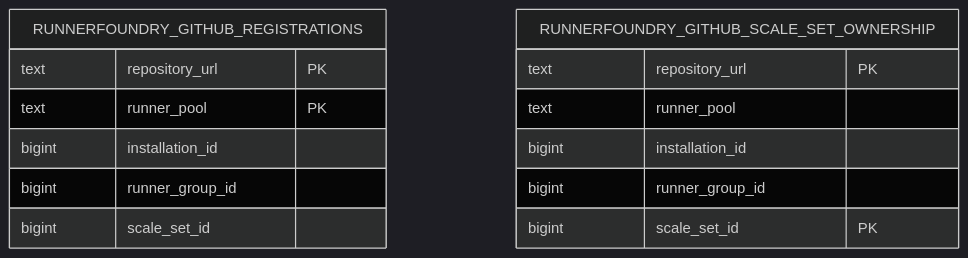
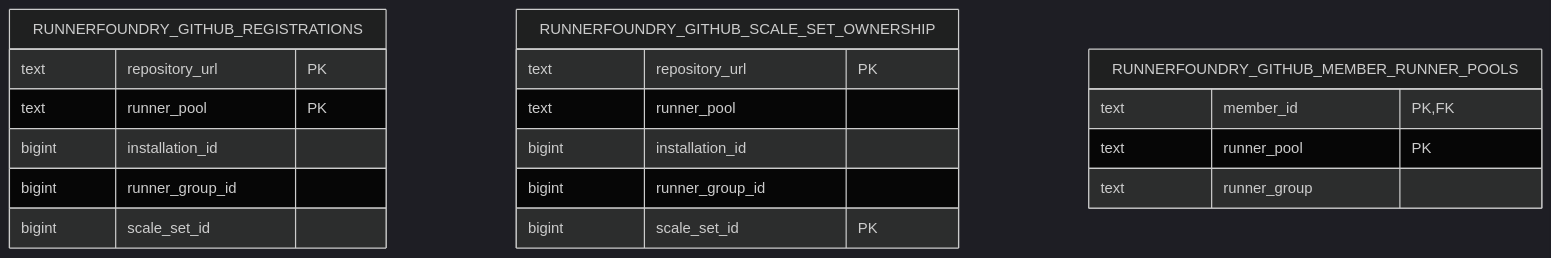
The diagram in docs/github-adapter.md (stateshifters/runnerfoundry), drawn with Mermaid (dark theme) before and after one commit. The commit also changed other lines of this file and 54 other files, not shown here.

````diff
--- a/docs/github-adapter.md
+++ b/docs/github-adapter.md
@@ -72,17 +76,22 @@
 ```mermaid
 erDiagram
     RUNNERFOUNDRY_GITHUB_REGISTRATIONS {
         text repository_url PK
         text runner_pool PK
         bigint installation_id
         bigint runner_group_id
         bigint scale_set_id
     }
     RUNNERFOUNDRY_GITHUB_SCALE_SET_OWNERSHIP {
         text repository_url PK
         text runner_pool
         bigint installation_id
         bigint runner_group_id
         bigint scale_set_id PK
     }
+    RUNNERFOUNDRY_GITHUB_MEMBER_RUNNER_POOLS {
+        text member_id PK,FK
+        text runner_pool PK
+        text runner_group
+    }
 ```
````
